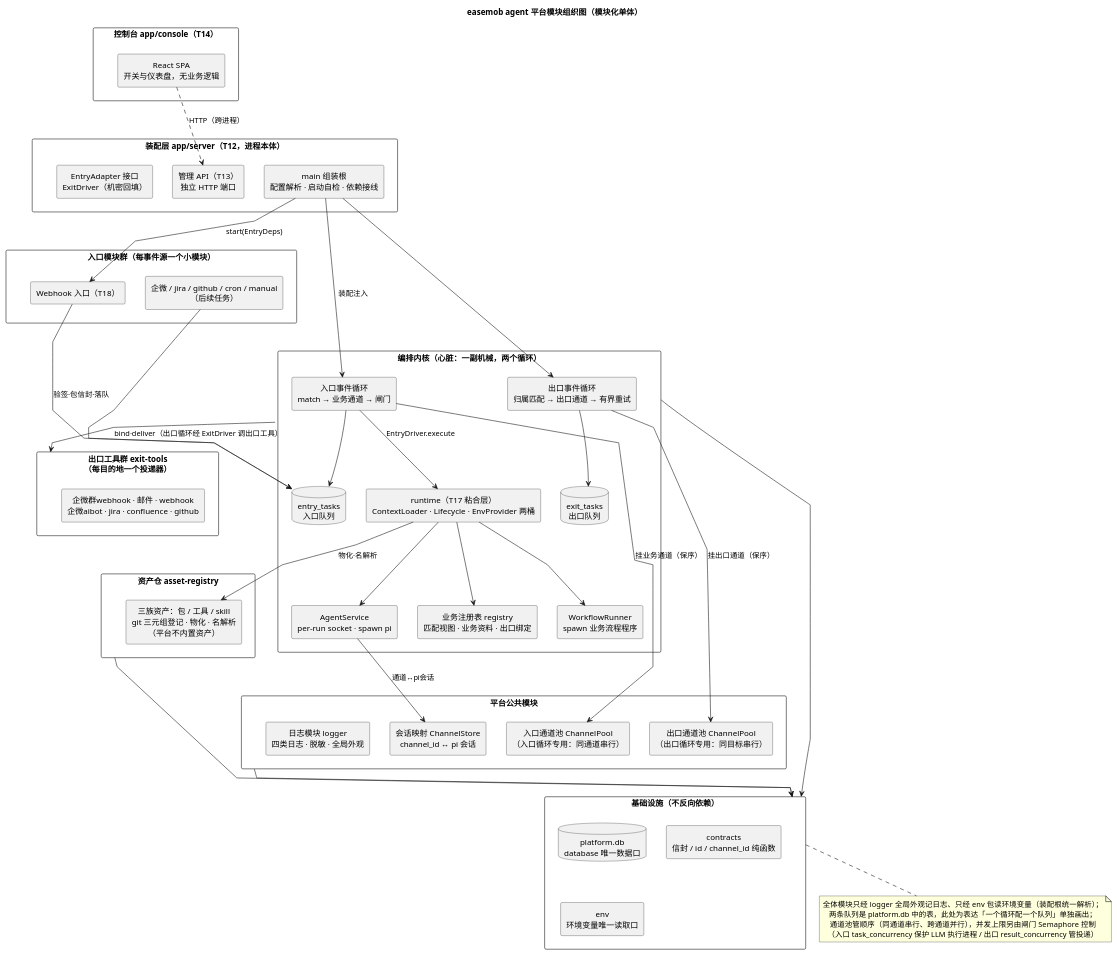
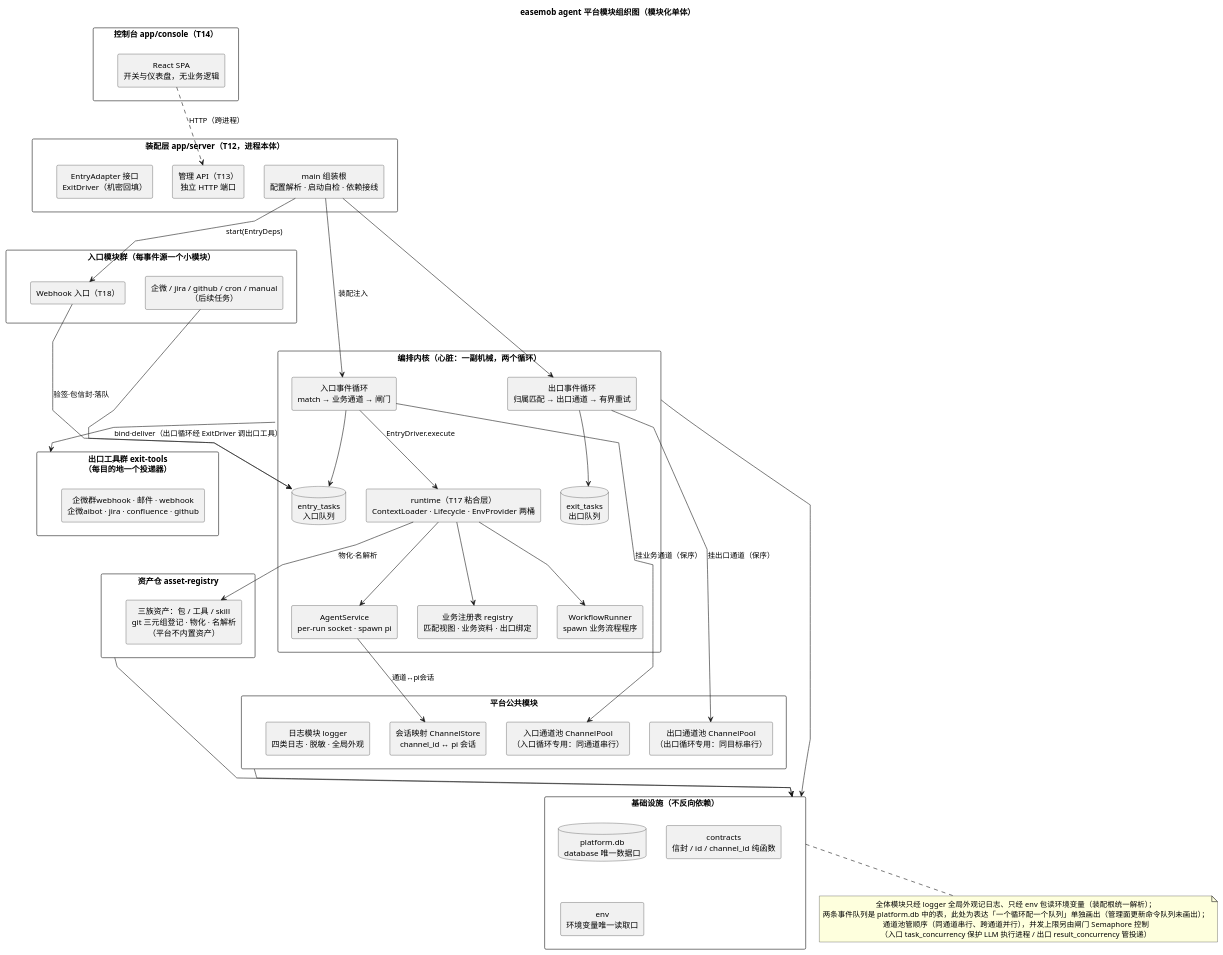
Before and after one commit to AsteriskZuo/easemob-sdk-agent_v3: the diagram in docs/designs/2026-09-14-skill-platform-spec-v3/design/architecture-overview.puml, drawn with PlantUML. The commit also changed 89 other files, not shown here.

```diff
--- a/docs/designs/2026-09-14-skill-platform-spec-v3/design/architecture-overview.puml
+++ b/docs/designs/2026-09-14-skill-platform-spec-v3/design/architecture-overview.puml
@@ -1,100 +1,100 @@
 @startuml 模块组织图
 title easemob agent 平台模块组织图（模块化单体）
 
 skinparam componentStyle rectangle
 skinparam packageStyle rectangle
 skinparam defaultTextAlignment center
 skinparam linetype polyline
 
 ' ── 模块组织视图：整体 → 层 → 模块；箭头 = 允许依赖方向（core-modules §2），不画单次调用 ──
 ' 数据流视图（一次任务的生命周期）见 docs/specs/2026-10-03-t12-server-spec.md §2 装配总览
 ' 同内容的 Mermaid 版（GitHub/在线可直接渲染）：architecture-overview.mmd，两者改动时同步
 
 package "控制台 app/console（T14）" as console {
   [React SPA\n开关与仪表盘，无业务逻辑] as spa
 }
 
 package "装配层 app/server（T12，进程本体）" as server {
   [main 组装根\n配置解析 · 启动自检 · 依赖接线] as main
   [管理 API（T13）\n独立 HTTP 端口] as api
   [EntryAdapter 接口\nExitDriver（机密回填）] as assembly
 }
 
 package "入口模块群（每事件源一个小模块）" as entries {
   [Webhook 入口（T18）] as webhook
   [企微 / jira / github / cron / manual\n（后续任务）] as entriesRest
 }
 
 package "出口工具群 exit-tools\n（每目的地一个投递器）" as exits {
   [企微群webhook · 邮件 · webhook\n企微aibot · jira · confluence · github] as tools
 }
 
 package "编排内核（心脏：一副机械，两个循环）" as kernel {
   [入口事件循环\nmatch → 业务通道 → 闸门] as entryloop
   database "entry_tasks\n入口队列" as q1
   [出口事件循环\n归属匹配 → 出口通道 → 有界重试] as exitloop
   database "exit_tasks\n出口队列" as q2
   [业务注册表 registry\n匹配视图 · 业务资料 · 出口绑定] as registry
   [runtime（T17 粘合层）\nContextLoader · Lifecycle · EnvProvider 两桶] as runtime
   [WorkflowRunner\nspawn 业务流程程序] as runner
   [AgentService\nper-run socket · spawn pi] as agentsvc
 
   entryloop -[hidden]right- q1
   exitloop -[hidden]right- q2
   entryloop --> q1
   exitloop --> q2
   entryloop --> runtime : EntryDriver.execute
   runtime --> runner
   runtime --> agentsvc
   runtime --> registry
 }
 
 package "资产仓 asset-registry" as assets {
   [三族资产：包 / 工具 / skill\ngit 三元组登记 · 物化 · 名解析\n（平台不内置资产）] as assetreg
 }
 
 package "平台公共模块" as common {
   [入口通道池 ChannelPool\n（入口循环专用：同通道串行）] as channelEntry
   [出口通道池 ChannelPool\n（出口循环专用：同目标串行）] as channelExit
   [会话映射 ChannelStore\nchannel_id ↔ pi 会话] as channelStore
   [日志模块 logger\n四类日志 · 脱敏 · 全局外观] as logger
 }
 
 package "基础设施（不反向依赖）" as infra {
   database "platform.db\ndatabase 唯一数据口" as db
   [contracts\n信封 / id / channel_id 纯函数] as contracts
   [env\n环境变量唯一读取口] as envpkg
 }
 
 spa ..> api : HTTP（跨进程）
 
 main --> entryloop : 装配注入
 main --> exitloop
 main --> webhook : start(EntryDeps)
 webhook --> q1 : 验签·包信封·落队
 entriesRest --> q1
 kernel --> exits : bind·deliver（出口循环经 ExitDriver 调出口工具）
 
 runtime --> assetreg : 物化·名解析
 entryloop --> channelEntry : 挂业务通道（保序）
 exitloop --> channelExit : 挂出口通道（保序）
 agentsvc --> channelStore : 通道↔pi会话
 
 kernel --> infra
 assets --> infra
 common --> infra
 
 ' 层序约束：包之间自上而下分层排布；入口群与出口群分列内核两侧
 console -[hidden]down- server
 server -[hidden]down- entries
 entries -[hidden]down- kernel
 kernel -[hidden]down- infra
 entries -[hidden]right- exits
 
 note bottom of infra
   全体模块只经 logger 全局外观记日志、只经 env 包读环境变量（装配根统一解析）；
-  两条队列是 platform.db 中的表，此处为表达「一个循环配一个队列」单独画出；
+  两条事件队列是 platform.db 中的表，此处为表达「一个循环配一个队列」单独画出（管理面更新命令队列未画出）；
   通道池管顺序（同通道串行、跨通道并行），并发上限另由闸门 Semaphore 控制
   （入口 task_concurrency 保护 LLM 执行进程 / 出口 result_concurrency 管投递）
 end note
 @enduml
```
